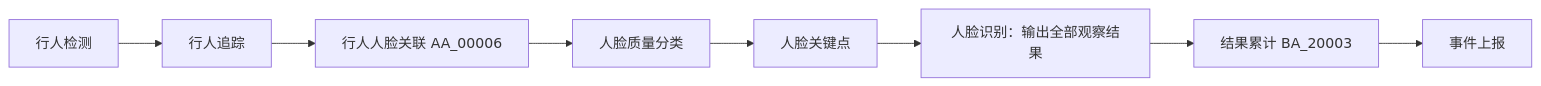
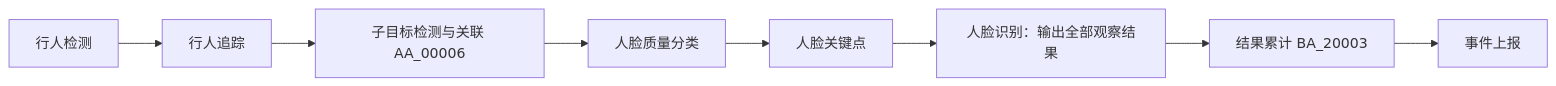
The diagram in docs/guide/stranger-alarm.md (cosmo-wander-ai/cosmo-edge), drawn with Mermaid before and after one commit. The commit also changed other lines of this file and 32 other files, not shown here.

````diff
--- a/docs/guide/stranger-alarm.md
+++ b/docs/guide/stranger-alarm.md
@@ -17,10 +17,10 @@
 ```mermaid
 flowchart LR
   A[行人检测] --> B[行人追踪]
-  B --> C[行人人脸关联 AA_00006]
+  B --> C[子目标检测与关联 AA_00006]
   C --> D[人脸质量分类]
   D --> E[人脸关键点]
   E --> F[人脸识别：输出全部观察结果]
   F --> G[结果累计 BA_20003]
   G --> H[事件上报]
 ```
````
